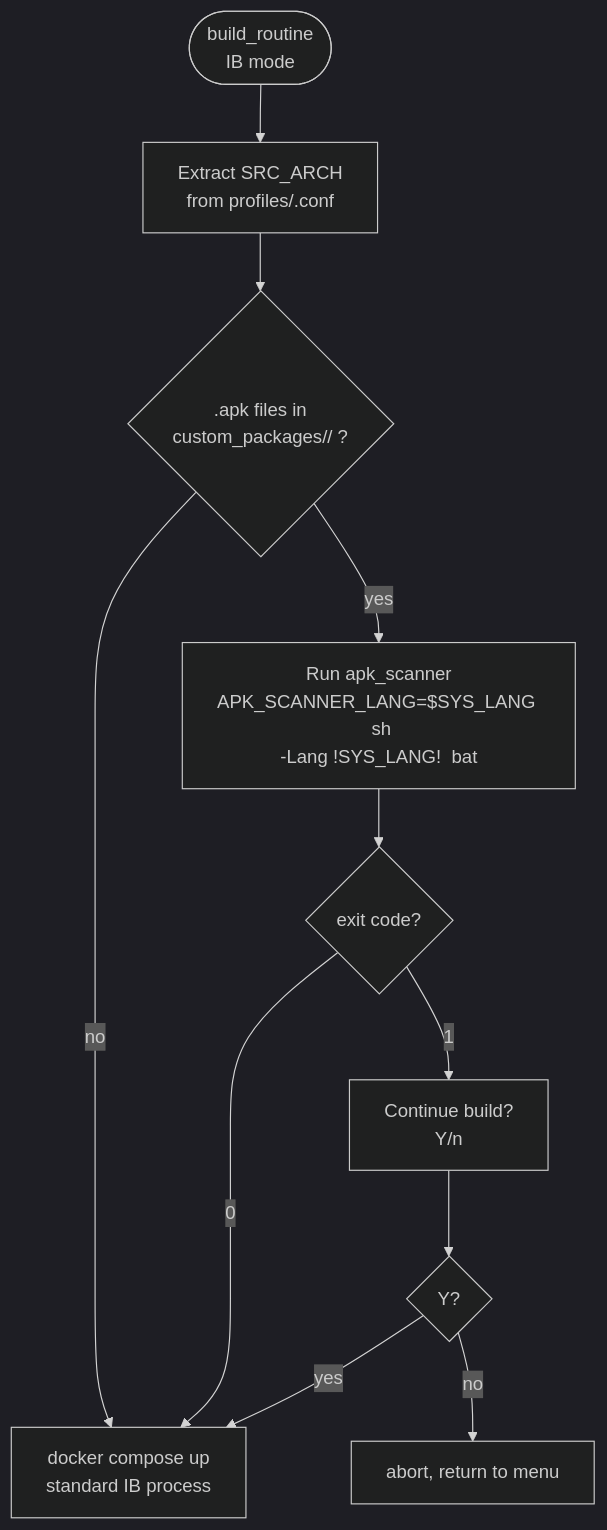
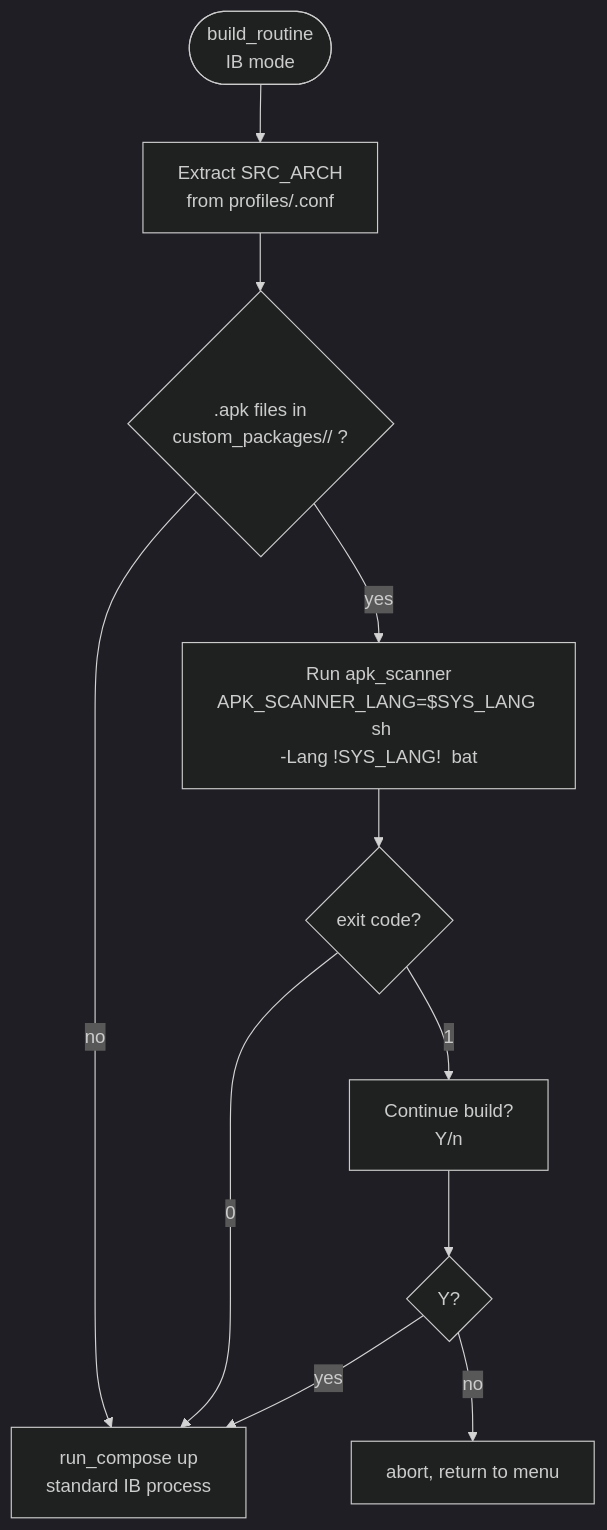
The fourth of 8 diagrams in docs/ARCHITECTURE_diagram_en.md (GJIUXAPb/routerFW), drawn with Mermaid (dark theme) before and after one commit. The commit also changed other lines of this file and 6 other files, not shown here.

First line of the commit message:
docs: update release and architecture docs for 4.70

````diff
--- a/docs/ARCHITECTURE_diagram_en.md
+++ b/docs/ARCHITECTURE_diagram_en.md
@@ -180,14 +182,14 @@
 ```mermaid
 flowchart TD
     BR_IB([build_routine\nIB mode])
     BR_IB --> BR_ARCH[Extract SRC_ARCH\nfrom profiles/<id>.conf]
     BR_ARCH --> BR_APK{.apk files in\ncustom_packages/<profile>/ ?}
-    BR_APK --> |no| BR_COMPOSE[docker compose up\nstandard IB process]
+    BR_APK --> |no| BR_COMPOSE[run_compose up\nstandard IB process]
     BR_APK --> |yes| BR_SCAN[Run apk_scanner\nAPK_SCANNER_LANG=$SYS_LANG  sh\n-Lang !SYS_LANG!  bat]
     BR_SCAN --> BR_SCAN_EXIT{exit code?}
     BR_SCAN_EXIT --> |0| BR_COMPOSE
     BR_SCAN_EXIT --> |1| BR_PROMPT["Continue build?\nY/n"]
     BR_PROMPT --> BR_CONT{Y?}
     BR_CONT --> |yes| BR_COMPOSE
     BR_CONT --> |no| BR_ABORT[abort, return to menu]
 ```
````
